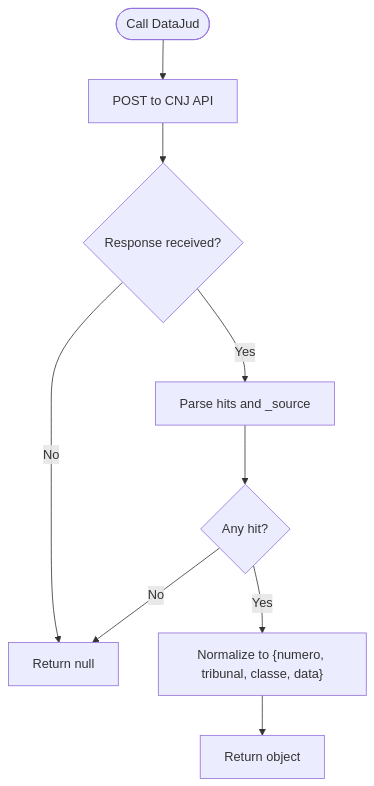
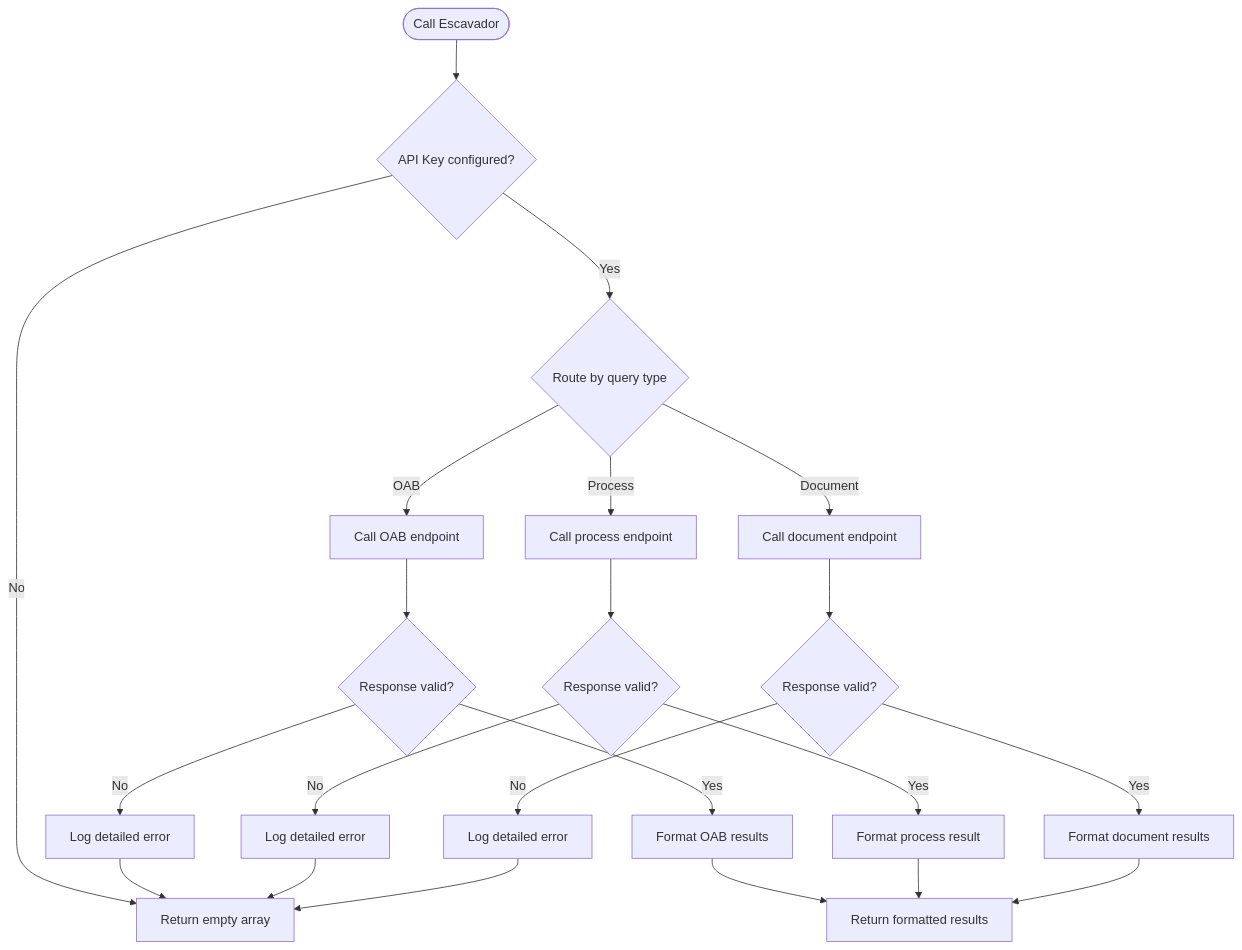
One commit to Alexandrexicara/bot-processos changed the third of 10 diagrams in .qoder/repowiki/en/content/API Integration Layer/Fallback and Error Handling.md. Above: the diagram before and after it, drawn with Mermaid. The commit also changed other lines of this file and 5 other files, not shown here.

````diff
--- a/.qoder/repowiki/en/content/API Integration Layer/Fallback and Error Handling.md
+++ b/.qoder/repowiki/en/content/API Integration Layer/Fallback and Error Handling.md
@@ -160,11 +174,24 @@
 ```mermaid
 flowchart TD
-Start(["Call DataJud"]) --> Request["POST to CNJ API"]
-Request --> Response{"Response received?"}
-Response --> |No| ReturnNull["Return null"]
-Response --> |Yes| Parse["Parse hits and _source"]
-Parse --> Found{"Any hit?"}
-Found --> |No| ReturnNull
-Found --> |Yes| Normalize["Normalize to {numero, tribunal, classe, data}"]
-Normalize --> ReturnObj["Return object"]
+Start(["Call Escavador"]) --> CheckKey{"API Key configured?"}
+CheckKey --> |No| ReturnEmpty["Return empty array"]
+CheckKey --> |Yes| RouteQuery{"Route by query type"}
+RouteQuery --> |OAB| CallOAB["Call OAB endpoint"]
+RouteQuery --> |Process| CallProcess["Call process endpoint"]
+RouteQuery --> |Document| CallDoc["Call document endpoint"]
+CallOAB --> HandleOAB{"Response valid?"}
+HandleOAB --> |Yes| FormatOAB["Format OAB results"]
+HandleOAB --> |No| LogErrorOAB["Log detailed error"]
+CallProcess --> HandleProc{"Response valid?"}
+HandleProc --> |Yes| FormatProc["Format process result"]
+HandleProc --> |No| LogErrorProc["Log detailed error"]
+CallDoc --> HandleDoc{"Response valid?"}
+HandleDoc --> |Yes| FormatDoc["Format document results"]
+HandleDoc --> |No| LogErrorDoc["Log detailed error"]
+FormatOAB --> ReturnResults["Return formatted results"]
+FormatProc --> ReturnResults
+FormatDoc --> ReturnResults
+LogErrorOAB --> ReturnEmpty
+LogErrorProc --> ReturnEmpty
+LogErrorDoc --> ReturnEmpty
 ```
````
